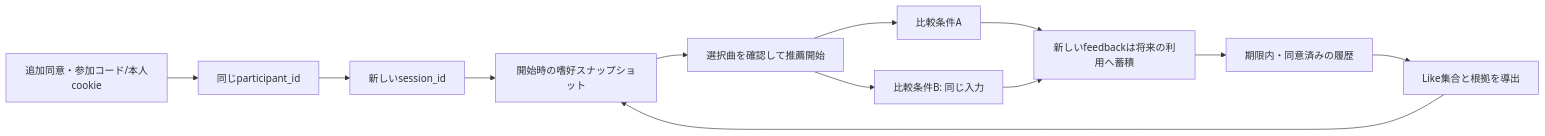
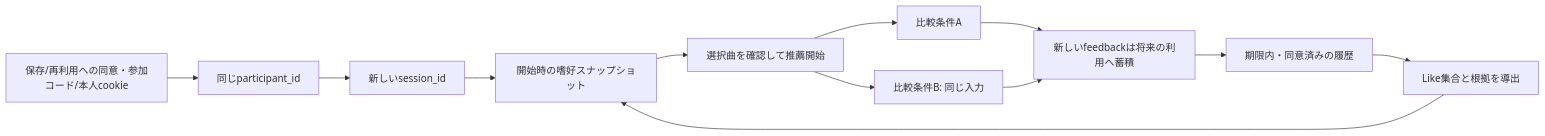
Before and after one commit to 97kuek/music-recsys: the diagram in docs/participant-profile.md, drawn with Mermaid. The commit also changed other lines of this file and 48 other files, not shown here.

````diff
--- a/docs/participant-profile.md
+++ b/docs/participant-profile.md
@@ -38,14 +38,14 @@
 ```mermaid
 flowchart LR
-    C[追加同意・参加コード/本人cookie] --> P[同じparticipant_id]
+    C[保存/再利用への同意・参加コード/本人cookie] --> P[同じparticipant_id]
     P --> S[新しいsession_id]
     H[期限内・同意済みの履歴] --> D[Like集合と根拠を導出]
     D --> F[開始時の嗜好スナップショット]
     S --> F
     F --> I[選択曲を確認して推薦開始]
     I --> A[比較条件A]
     I --> B[比較条件B: 同じ入力]
     A --> N[新しいfeedbackは将来の利用へ蓄積]
     B --> N
     N --> H
 ```
````
